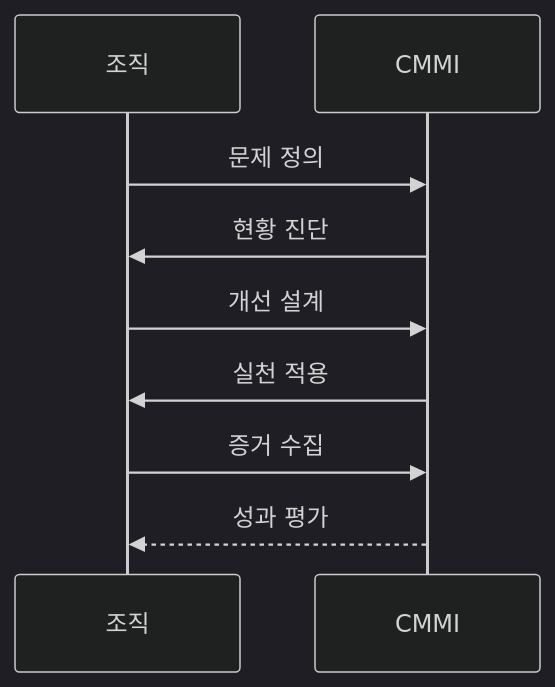
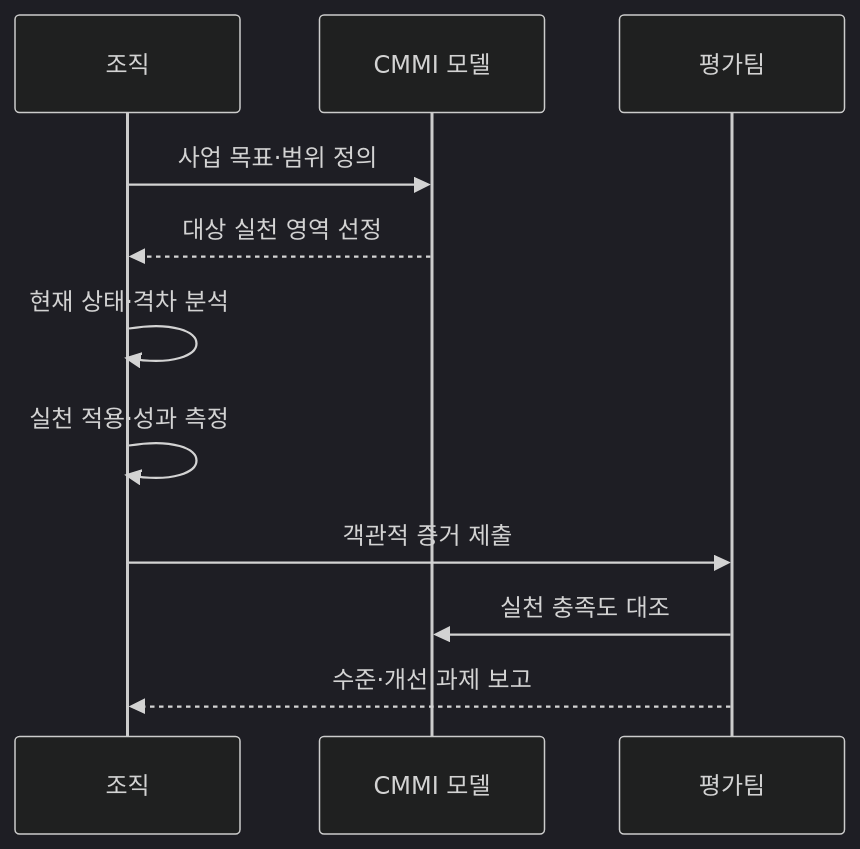
Before and after one commit to agnusdei1207/knowledge-base: the second of 2 diagrams in src/content/docs/notes/03-software/070_cmmi_maturity_model.md, drawn with Mermaid (dark theme). The commit also changed other lines of this file and 7 other files, not shown here.

````diff
--- a/src/content/docs/notes/03-software/070_cmmi_maturity_model.md
+++ b/src/content/docs/notes/03-software/070_cmmi_maturity_model.md
@@ -74,11 +80,13 @@
 ```mermaid
 sequenceDiagram
     participant O as 조직
-    participant C as CMMI
-    O->>C: 문제 정의
-    C->>O: 현황 진단
-    O->>C: 개선 설계
-    C->>O: 실천 적용
-    O->>C: 증거 수집
-    C-->>O: 성과 평가
+    participant M as CMMI 모델
+    participant A as 평가팀
+    O->>M: 사업 목표·범위 정의
+    M-->>O: 대상 실천 영역 선정
+    O->>O: 현재 상태·격차 분석
+    O->>O: 실천 적용·성과 측정
+    O->>A: 객관적 증거 제출
+    A->>M: 실천 충족도 대조
+    A-->>O: 수준·개선 과제 보고
 ```
````
